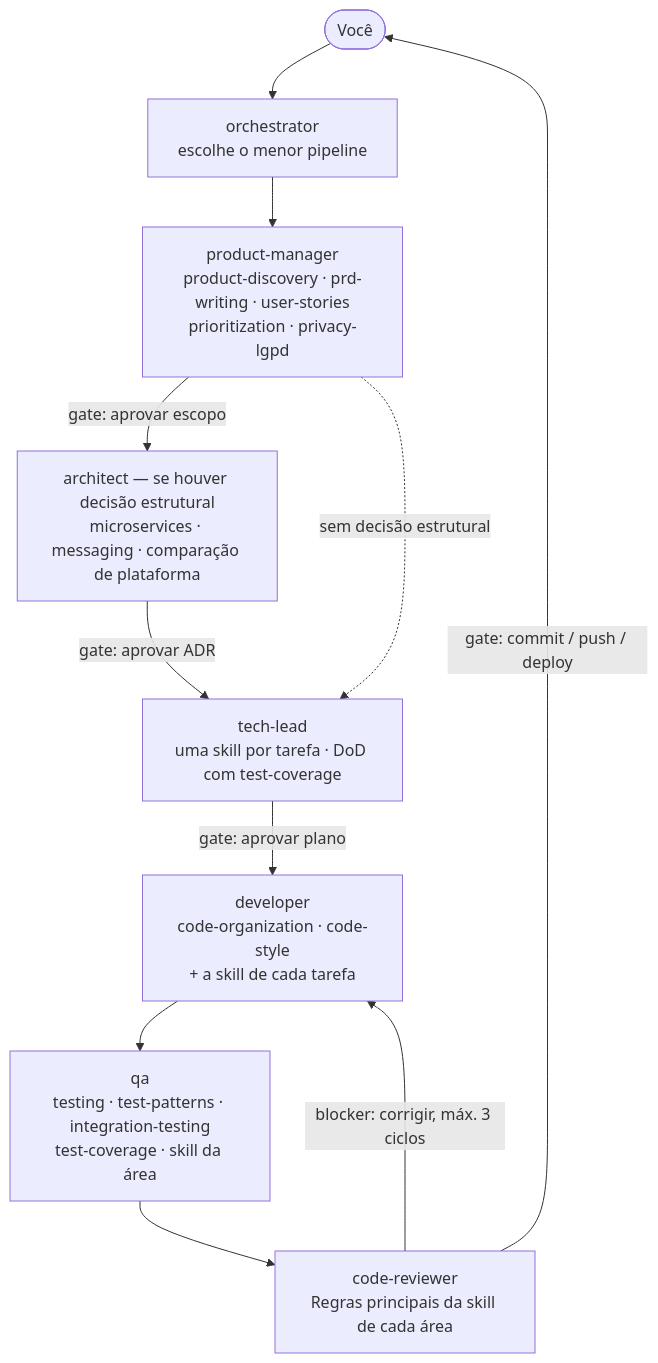
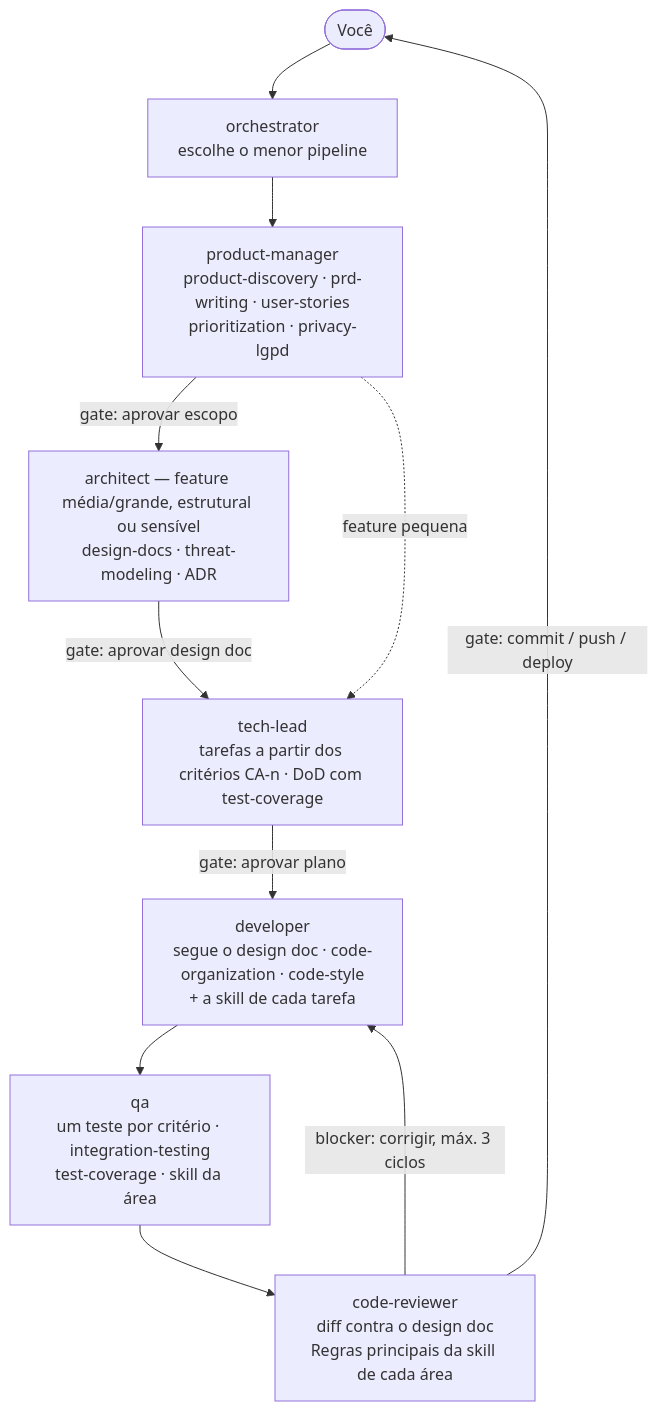
Before and after one commit to edimilsonldutra/spring-boot-core: the diagram in plugins/README.md, drawn with Mermaid. The commit also changed other lines of this file and 37 other files, not shown here.

````diff
--- a/plugins/README.md
+++ b/plugins/README.md
@@ -192,13 +192,13 @@
 ```mermaid
 flowchart TD
     U([Você]) --> O[orchestrator<br/>escolhe o menor pipeline]
     O --> PM["product-manager<br/>product-discovery · prd-writing · user-stories<br/>prioritization · privacy-lgpd"]
-    PM -->|gate: aprovar escopo| AR["architect — se houver decisão estrutural<br/>microservices · messaging · comparação de plataforma"]
-    AR -->|gate: aprovar ADR| TL["tech-lead<br/>uma skill por tarefa · DoD com test-coverage"]
-    PM -.->|sem decisão estrutural| TL
-    TL -->|gate: aprovar plano| DEV["developer<br/>code-organization · code-style<br/>+ a skill de cada tarefa"]
-    DEV --> QA["qa<br/>testing · test-patterns · integration-testing<br/>test-coverage · skill da área"]
-    QA --> CR["code-reviewer<br/>Regras principais da skill de cada área"]
+    PM -->|gate: aprovar escopo| AR["architect — feature média/grande, estrutural ou sensível<br/>design-docs · threat-modeling · ADR"]
+    AR -->|gate: aprovar design doc| TL["tech-lead<br/>tarefas a partir dos critérios CA-n · DoD com test-coverage"]
+    PM -.->|feature pequena| TL
+    TL -->|gate: aprovar plano| DEV["developer<br/>segue o design doc · code-organization · code-style<br/>+ a skill de cada tarefa"]
+    DEV --> QA["qa<br/>um teste por critério · integration-testing<br/>test-coverage · skill da área"]
+    QA --> CR["code-reviewer<br/>diff contra o design doc<br/>Regras principais da skill de cada área"]
     CR -->|blocker: corrigir, máx. 3 ciclos| DEV
     CR -->|gate: commit / push / deploy| U
 ```
````
